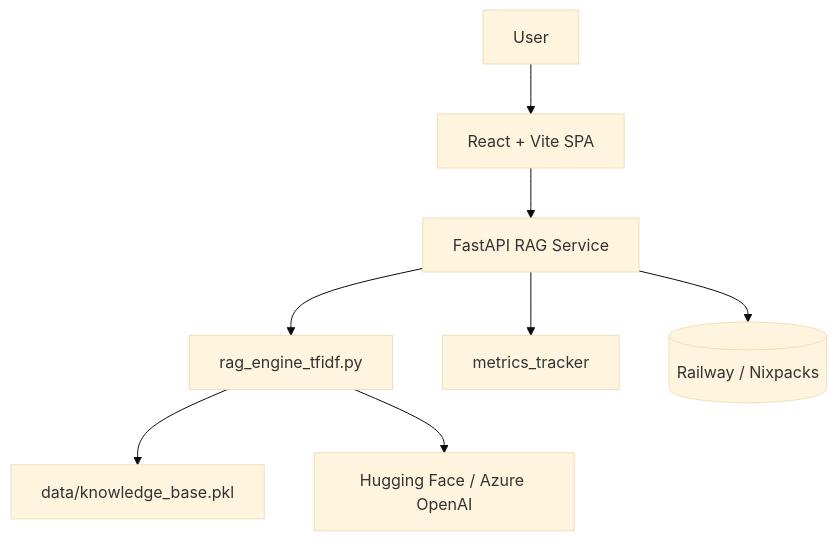
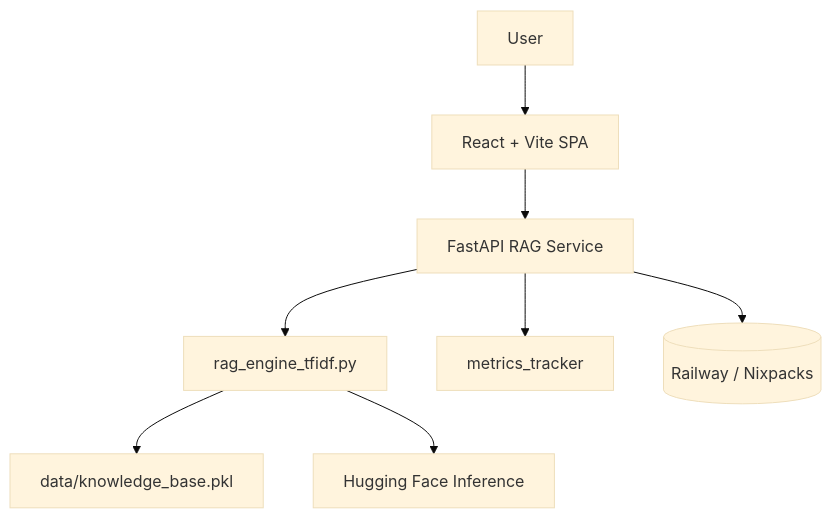
The diagram in README.md (kishoredhondhu/ai-ticket-resolution-system), drawn with Mermaid (base theme) before and after one commit. The commit also changed other lines of this file and 1 other file, not shown here.

````diff
--- a/README.md
+++ b/README.md
@@ -46,10 +46,10 @@
 ```mermaid
 graph TD
     User --> Frontend[React + Vite SPA]
     Frontend --> API[FastAPI RAG Service]
     API --> RAGEngine[rag_engine_tfidf.py]
     RAGEngine --> KB[data/knowledge_base.pkl]
     API --> Metrics[metrics_tracker]
-    RAGEngine --> HF[Hugging Face / Azure OpenAI]
+   RAGEngine --> HF[Hugging Face Inference]
     API --> Railway[(Railway / Nixpacks)]
 ```
````
